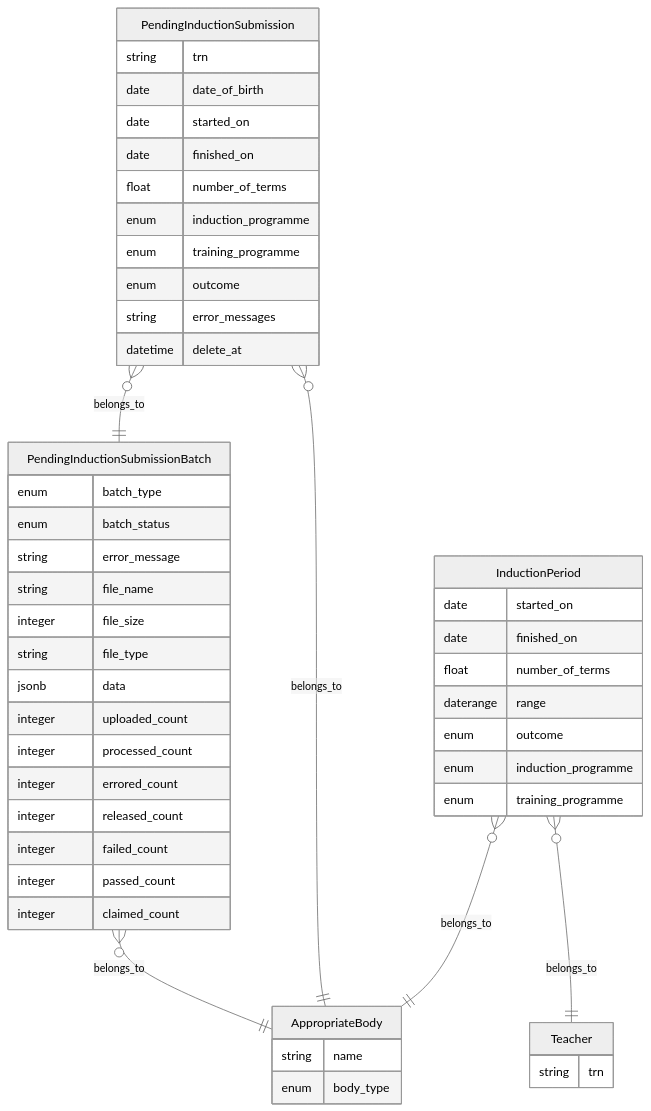
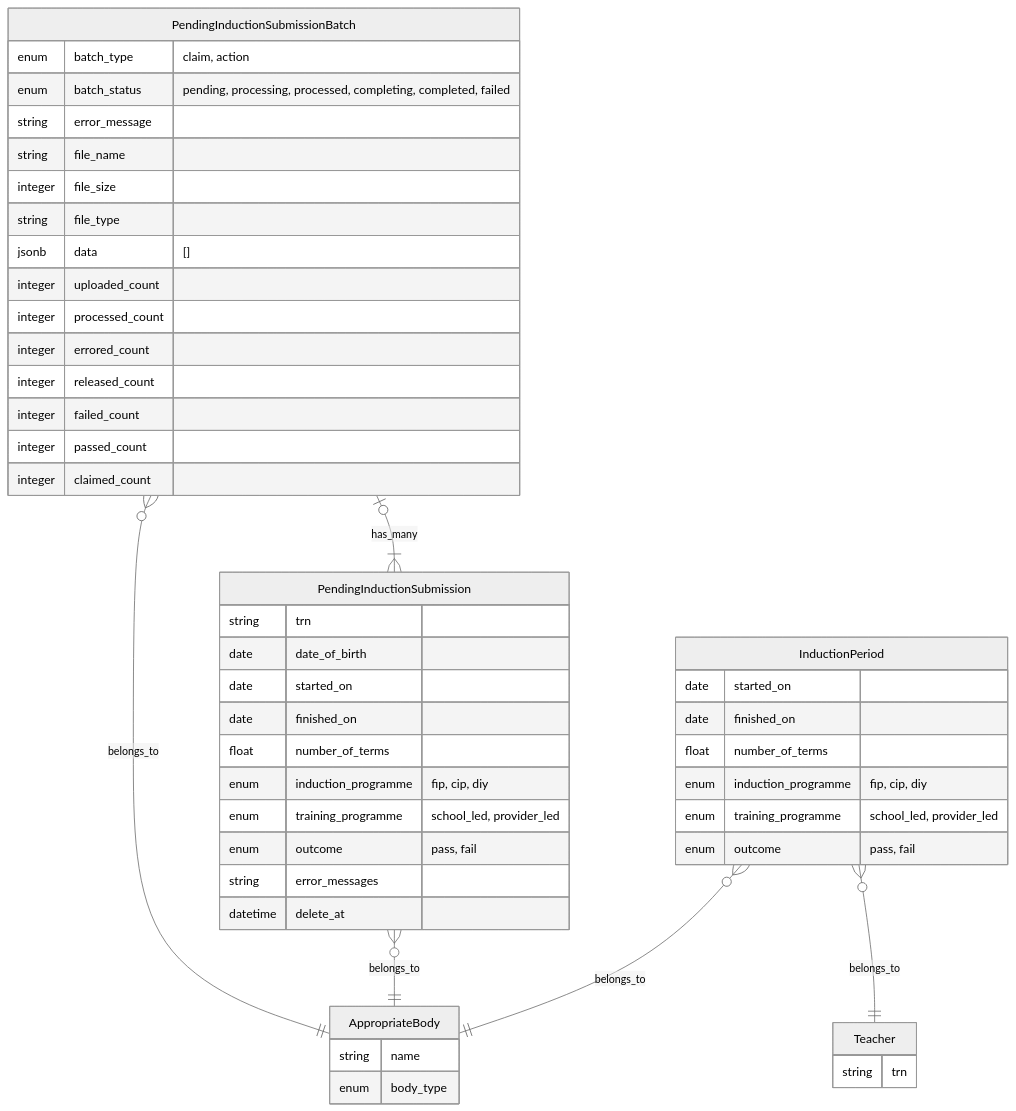
Before and after one commit to DFE-Digital/register-early-career-teachers-public: the diagram in documentation/csv-processing.md, drawn with Mermaid (neutral theme). The commit also changed other lines of this file, not shown here.

````diff
--- a/documentation/csv-processing.md
+++ b/documentation/csv-processing.md
@@ -40,58 +8,57 @@
 ```mermaid
 erDiagram
 
   AppropriateBody {
     string name
     enum body_type
   }
 
   PendingInductionSubmissionBatch {
-    enum batch_type
-    enum batch_status
+    enum batch_type "claim, action"
+    enum batch_status "pending, processing, processed, completing, completed, failed"
     string error_message
     string file_name
     integer file_size
     string file_type
-    jsonb data
+    jsonb data "[]"
     integer uploaded_count
     integer processed_count
     integer errored_count
     integer released_count
     integer failed_count
     integer passed_count
     integer claimed_count
   }
 
   PendingInductionSubmission {
     string trn
     date date_of_birth
     date started_on
     date finished_on
     float number_of_terms
-    enum induction_programme
-    enum training_programme
-    enum outcome
+    enum induction_programme "fip, cip, diy"
+    enum training_programme "school_led, provider_led"
+    enum outcome "pass, fail"
     string error_messages
     datetime delete_at
   }
 
   Teacher {
     string trn
   }
 
   InductionPeriod {
     date started_on
     date finished_on
     float number_of_terms
-    daterange range
-    enum outcome
-    enum induction_programme
-    enum training_programme
+    enum induction_programme "fip, cip, diy"
+    enum training_programme "school_led, provider_led"
+    enum outcome "pass, fail"
   }
 
+  PendingInductionSubmissionBatch |o--|{ PendingInductionSubmission : has_many
   PendingInductionSubmissionBatch }o--|| AppropriateBody : belongs_to
   PendingInductionSubmission }o--|| AppropriateBody : belongs_to
-  PendingInductionSubmission }o--|| PendingInductionSubmissionBatch : belongs_to
   InductionPeriod }o--|| AppropriateBody : belongs_to
   InductionPeriod }o--|| Teacher : belongs_to
 ```
````
